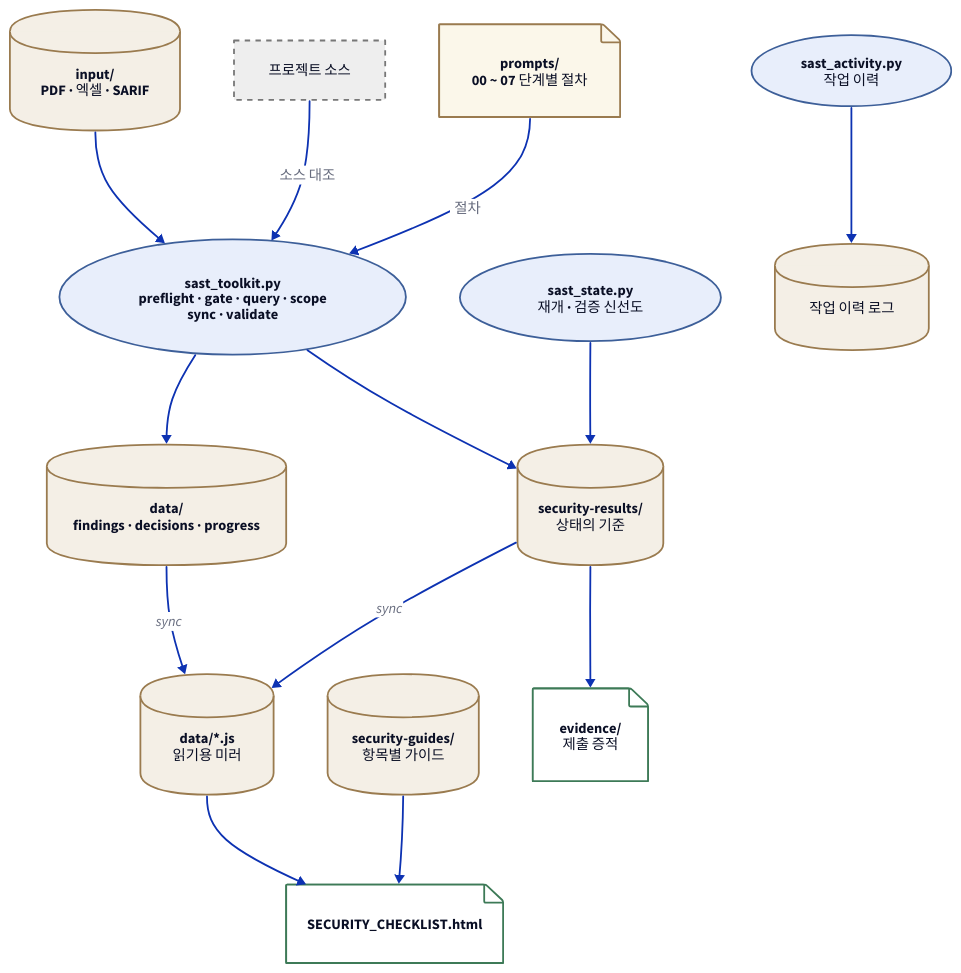
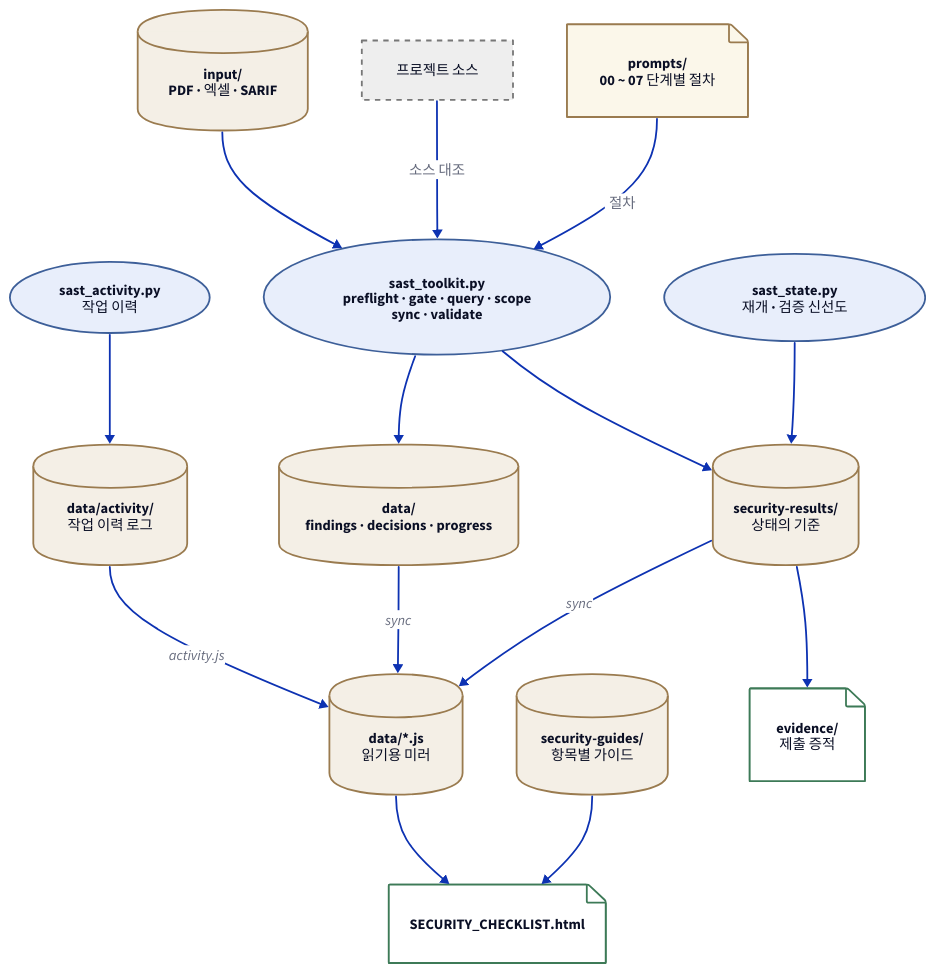
The diagram in plugins/sast-remediation/skills/sast-remediation/toolkit/docs/diagrams/architecture.d2 (seo0tak/agent-skills), drawn with D2 before and after one commit. The commit also changed 16 other files, not shown here.

First line of the commit message:
docs(diagrams): 구조도 교차·섬 정리, security-assessment 시퀀스에 체크리스트 단계

```diff
--- a/plugins/sast-remediation/skills/sast-remediation/toolkit/docs/diagrams/architecture.d2
+++ b/plugins/sast-remediation/skills/sast-remediation/toolkit/docs/diagrams/architecture.d2
@@ -1,36 +1,38 @@
 # sast-remediation 구조도. 고친 뒤 저장소 루트에서 python3 scripts/render_diagrams.py
 direction: down
 # 위→아래 dagre가 본문 폭(약 1000px)에서 가장 잘 읽힌다
 vars: {d2-config: {layout-engine: dagre}}
 classes: {
   store: {shape: cylinder; style: {fill: "#f4efe6"; stroke: "#9a7b4f"}}
   proc: {shape: oval; style: {fill: "#e8eefb"; stroke: "#3d5f99"}}
   ext: {style: {fill: "#eeeeee"; stroke: "#777777"; stroke-dash: 3}}
   doc: {shape: page; style: {fill: "#fbf7ea"; stroke: "#9a7b4f"}}
   out: {shape: page; style: {fill: "#ffffff"; stroke: "#3d7a57"}}
 }
+# sast_state를 먼저 선언해 왼쪽에 둔다. 툴킷 오른쪽에 오면 security-results로 가는 선이 툴킷 → data 선과 교차했다.
+state: "sast_state.py\n재개 · 검증 신선도" {class: proc}
 input: "input/\nPDF · 엑셀 · SARIF" {class: store}
 src: "프로젝트 소스" {class: ext}
 prompts: "prompts/\n00 ~ 07 단계별 절차" {class: doc}
 toolkit: "sast_toolkit.py\npreflight · gate · query · scope\nsync · validate" {class: proc}
-state: "sast_state.py\n재개 · 검증 신선도" {class: proc}
 activity: "sast_activity.py\n작업 이력" {class: proc}
 data: "data/\nfindings · decisions · progress" {class: store}
 guides: "security-guides/\n항목별 가이드" {class: store}
 results: "security-results/\n상태의 기준" {class: store}
-log: "작업 이력 로그" {class: store}
+log: "data/activity/\n작업 이력 로그" {class: store}
 mirror: "data/*.js\n읽기용 미러" {class: store}
 dash: "SECURITY_CHECKLIST.html" {class: out}
 ev: "evidence/\n제출 증적" {class: out}
 input -> toolkit
 src -> toolkit: "소스 대조"
 prompts -> toolkit: "절차"
 toolkit -> data
 toolkit -> results
 state -> results
 activity -> log
+log -> mirror: "activity.js"
 data -> mirror: "sync"
 results -> mirror: "sync"
 mirror -> dash
 guides -> dash
 results -> ev
```
